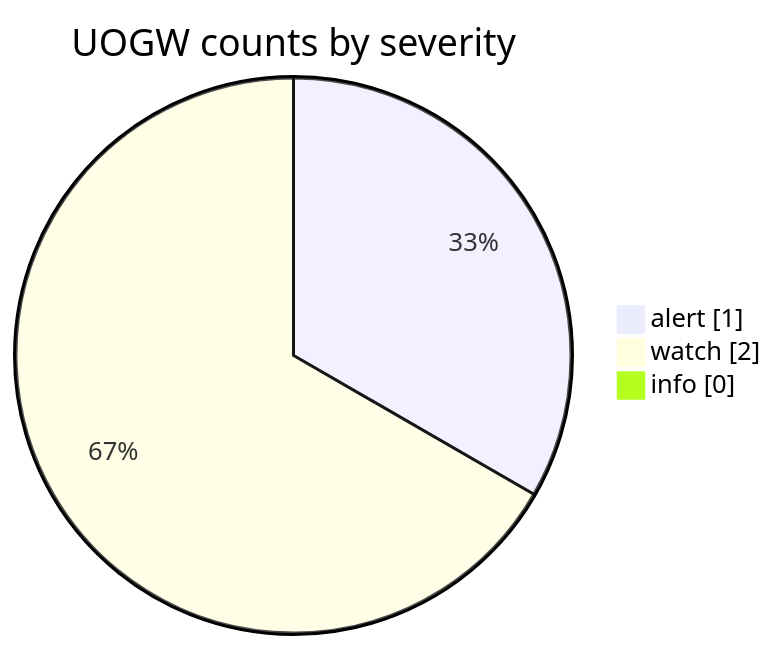
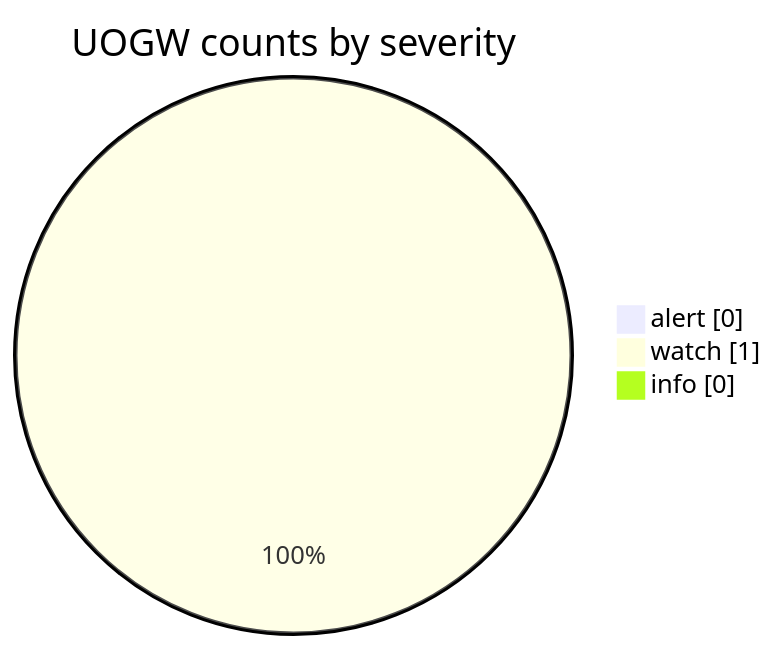
The fourth of 6 diagrams in docs/GRAPHS.md (Midwest-Stratospheric/aerostratospheric-defense-gir), drawn with Mermaid before and after one commit. The commit also changed other lines of this file and 23 other files, not shown here.

````diff
--- a/docs/GRAPHS.md
+++ b/docs/GRAPHS.md
@@ -66,7 +66,7 @@
 ```mermaid
 pie showData
   title UOGW counts by severity
-  "alert" : 1
-  "watch" : 2
+  "alert" : 0
+  "watch" : 1
   "info" : 0
 ```
````
